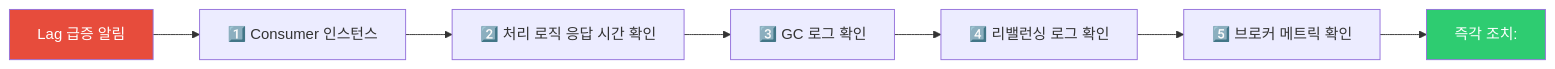
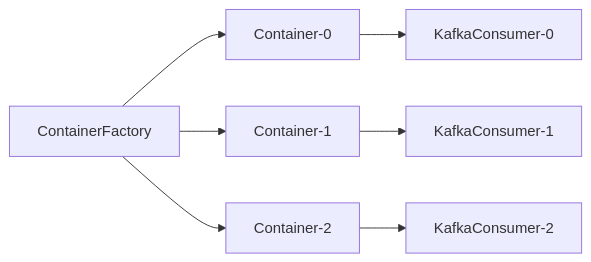
Before and after one commit to yjkim2015/yjkim2015.github.io: the third of 3 diagrams in _posts/kafka/2026-05-01-kafka-consumer-deep.md, drawn with Mermaid. The commit also changed other lines of this file and 4 other files, not shown here.

First line of the commit message:
5개 포스트 시니어급 심화 (Redis Cluster/Lock, Kafka Internals/Consumer, Spring TX)

````diff
--- a/_posts/kafka/2026-05-01-kafka-consumer-deep.md
+++ b/_posts/kafka/2026-05-01-kafka-consumer-deep.md
@@ -406,13 +698,9 @@
 ```mermaid
-flowchart LR
-    ALERT["Lag 급증 알림"]
-    S1["1️⃣ Consumer 인스턴스"]
-    S2["2️⃣ 처리 로직 응답 시간 확인"]
-    S3["3️⃣ GC 로그 확인"]
-    S4["4️⃣ 리밸런싱 로그 확인"]
-    S5["5️⃣ 브로커 메트릭 확인"]
-    FIX["즉각 조치:"]
-    ALERT --> S1 --> S2 --> S3 --> S4 --> S5 --> FIX
-    style ALERT fill:#e74c3c,color:#fff
-    style FIX fill:#2ecc71,color:#fff
+graph LR
+    CF["ContainerFactory"] --> C1["Container-0"]
+    CF --> C2["Container-1"]
+    CF --> C3["Container-2"]
+    C1 --> KC1["KafkaConsumer-0"]
+    C2 --> KC2["KafkaConsumer-1"]
+    C3 --> KC3["KafkaConsumer-2"]
 ```
````
